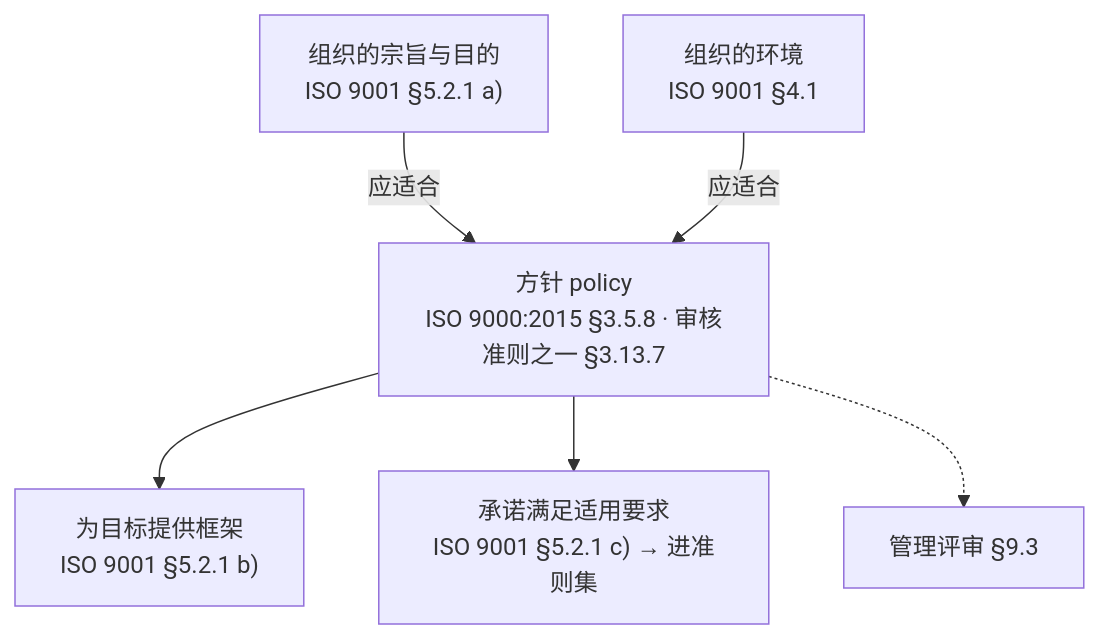
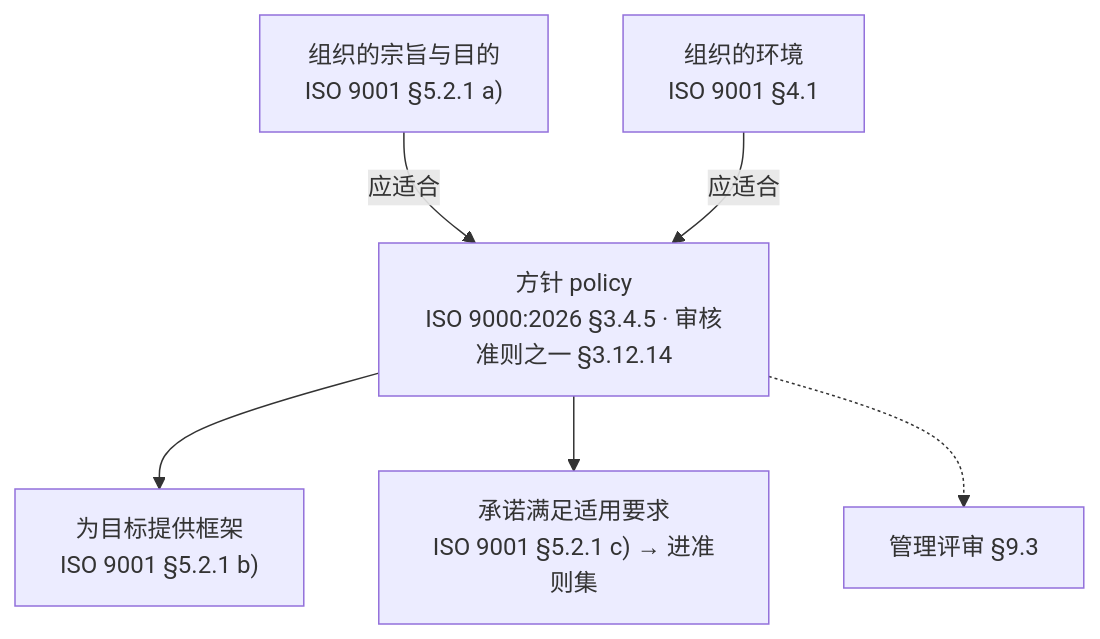
One commit to Yongjunzhou/AOS-system-design changed the ninth of 14 diagrams in 100-subprojects/01-系统工程研究/00-系统工程相关研究报告/23-判据体系研究报告-从验证确认到治理的判据阶梯.md. Above: the diagram before and after it, drawn with Mermaid. The commit also changed other lines of this file and 38 other files, not shown here.

````diff
--- a/100-subprojects/01-系统工程研究/00-系统工程相关研究报告/23-判据体系研究报告-从验证确认到治理的判据阶梯.md
+++ b/100-subprojects/01-系统工程研究/00-系统工程相关研究报告/23-判据体系研究报告-从验证确认到治理的判据阶梯.md
@@ -663,14 +707,14 @@
 ```mermaid
 flowchart TD
     A1["组织的宗旨与目的<br/>ISO 9001 §5.2.1 a)"]
     A2["组织的环境<br/>ISO 9001 §4.1"]
-    P["方针 policy<br/>ISO 9000:2015 §3.5.8 · 审核准则之一 §3.13.7"]
+    P["方针 policy<br/>ISO 9000:2026 §3.4.5 · 审核准则之一 §3.12.14"]
     B1["为目标提供框架<br/>ISO 9001 §5.2.1 b)"]
     B2["承诺满足适用要求<br/>ISO 9001 §5.2.1 c) → 进准则集"]
     MR["管理评审 §9.3"]
     A1 -->|"应适合"| P
     A2 -->|"应适合"| P
     P --> B1
     P --> B2
     P -.-> MR
 ```
````
